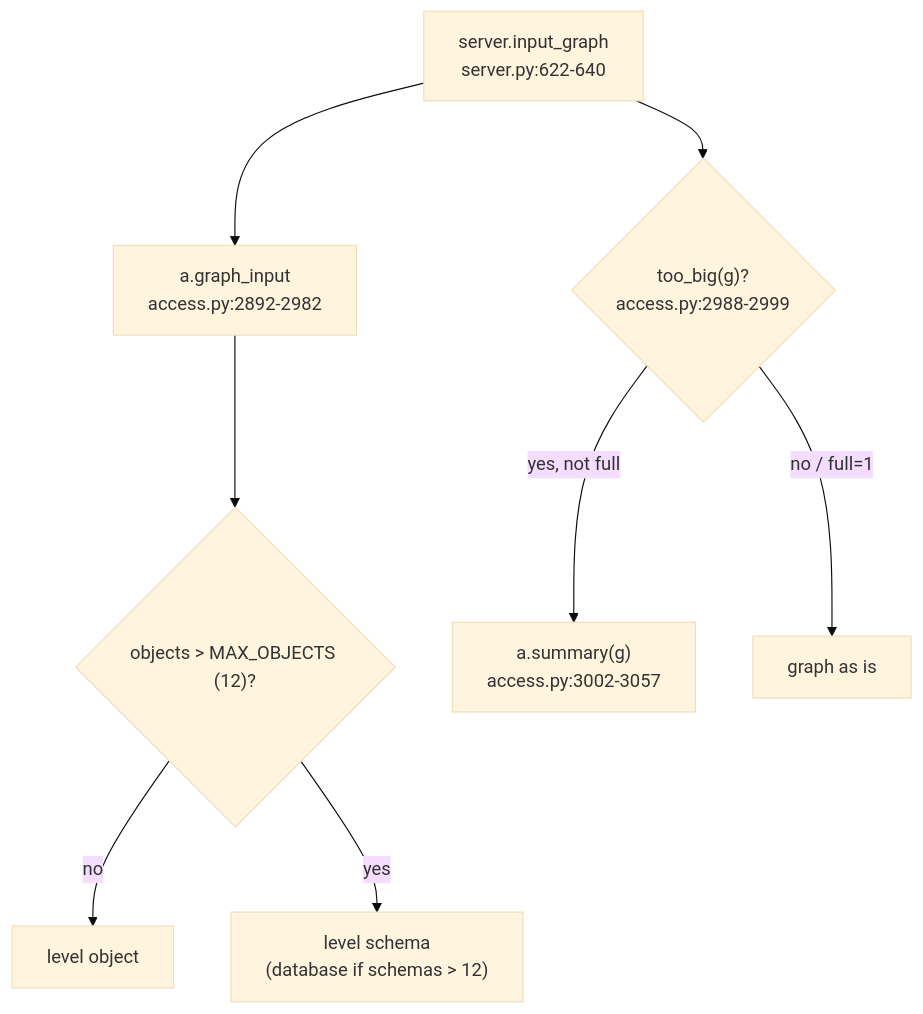
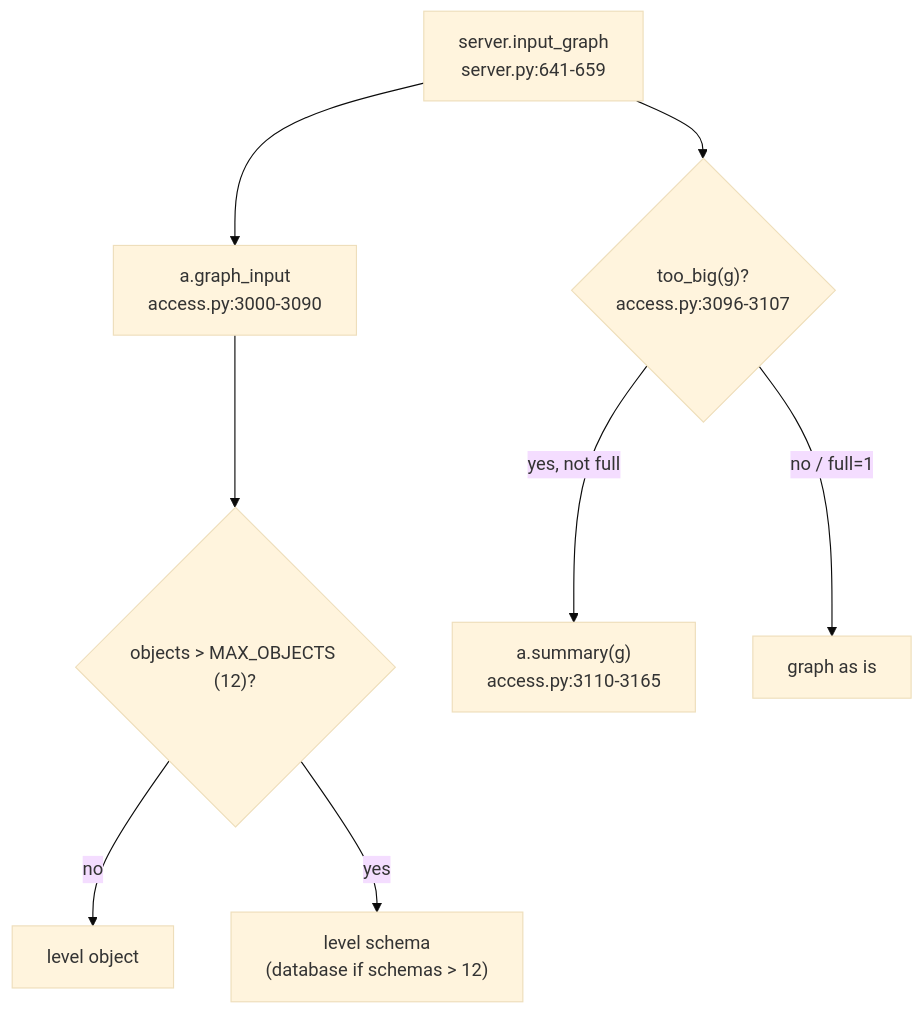
Before and after one commit to darshanmeel/snowflake-access-explorer: the diagram in snowflake-access-explorer-knowledge-graph/logic/graph-input.md, drawn with Mermaid (base theme). The commit also changed other lines of this file and 106 other files, not shown here.

First line of the commit message:
Docs and knowledge graph for Activity; setup verify expects 11 tables

````diff
--- a/snowflake-access-explorer-knowledge-graph/logic/graph-input.md
+++ b/snowflake-access-explorer-knowledge-graph/logic/graph-input.md
@@ -5,10 +6,10 @@
 ```mermaid
 flowchart TD
-  IG["server.input_graph<br/>server.py:622-640"] --> GI["a.graph_input<br/>access.py:2892-2982"]
+  IG["server.input_graph<br/>server.py:641-659"] --> GI["a.graph_input<br/>access.py:3000-3090"]
   GI --> LV{"objects > MAX_OBJECTS (12)?"}
   LV -- no --> OBJ[level object]
   LV -- yes --> SC["level schema<br/>(database if schemas > 12)"]
-  IG --> TB{"too_big(g)?<br/>access.py:2988-2999"}
-  TB -- "yes, not full" --> SU["a.summary(g)<br/>access.py:3002-3057"]
+  IG --> TB{"too_big(g)?<br/>access.py:3096-3107"}
+  TB -- "yes, not full" --> SU["a.summary(g)<br/>access.py:3110-3165"]
   TB -- "no / full=1" --> RAW[graph as is]
 ```
````
